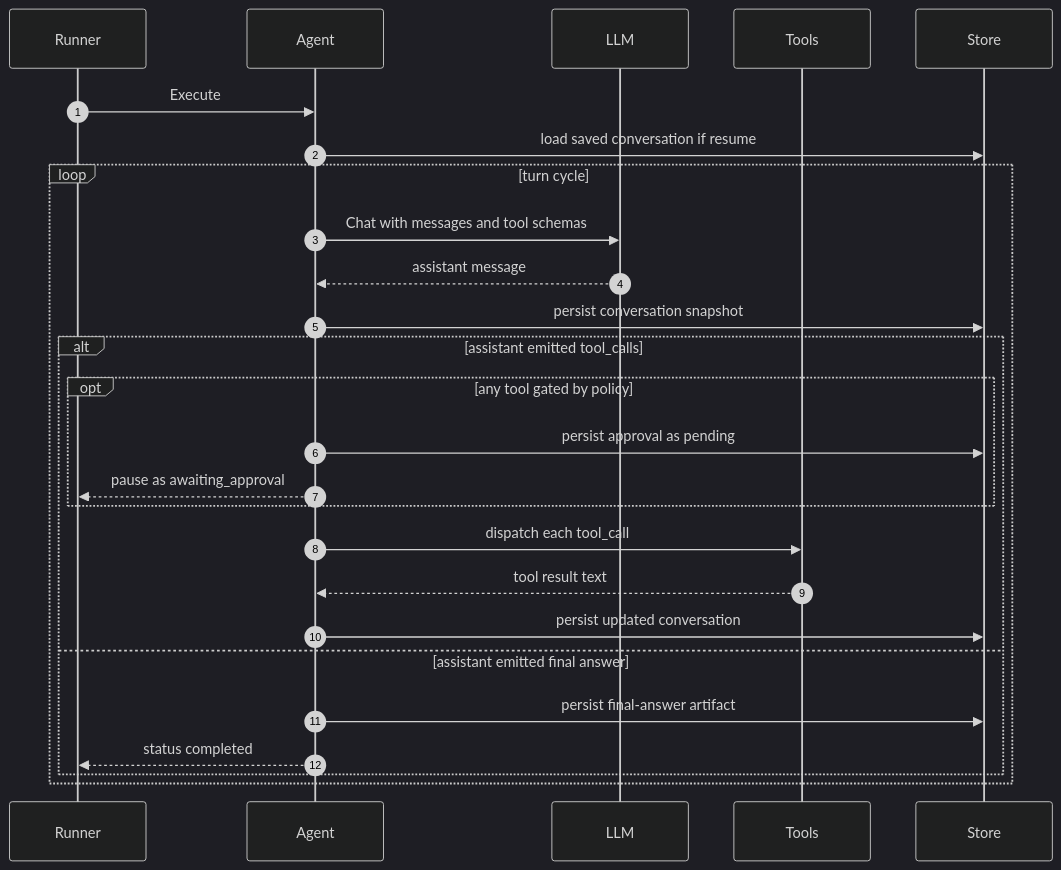
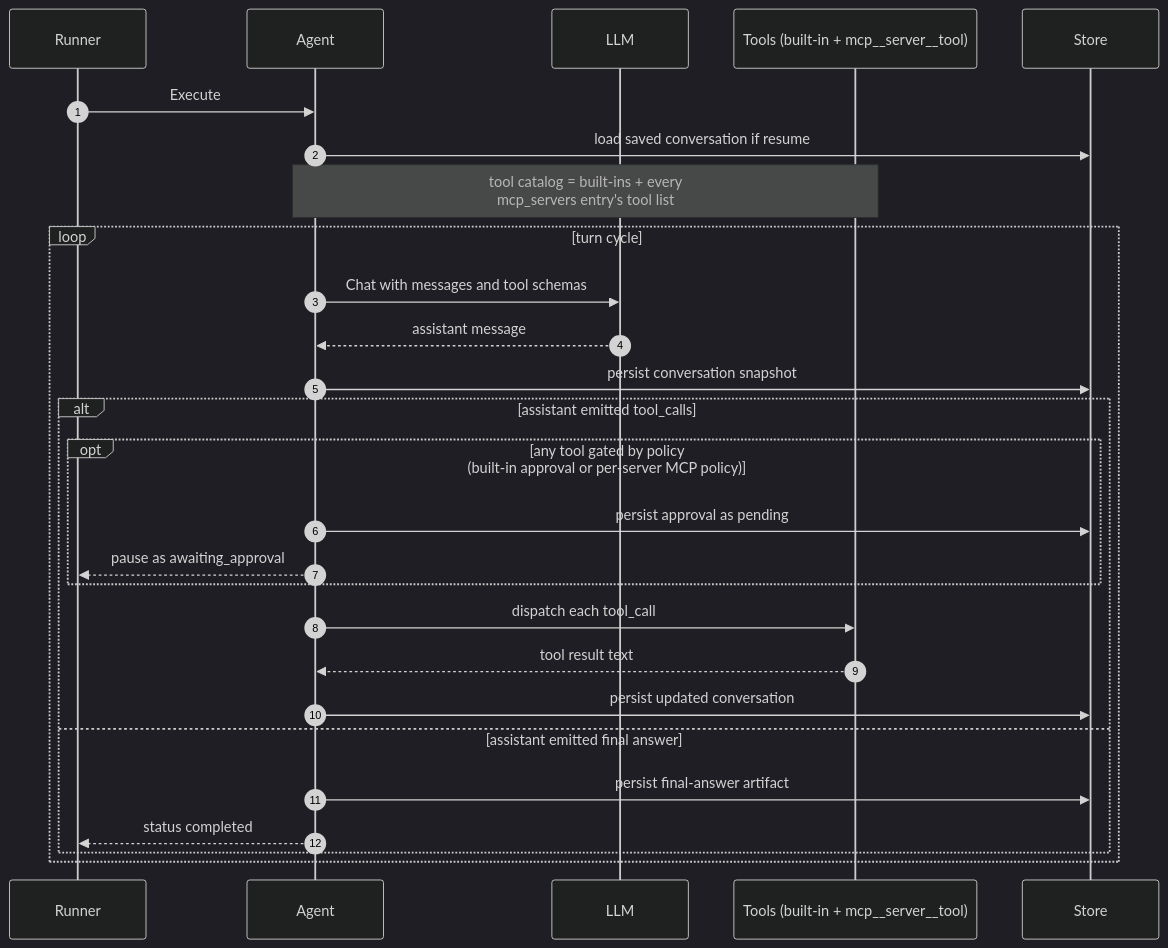
One commit to chicoxyzzy/hecate changed the diagram in docs/agent-runtime.md. Above: the diagram before and after it, drawn with Mermaid (dark theme). The commit also changed other lines of this file and 7 other files, not shown here.

Commit message:
docs: add TOCs, canonicalize approval-policy/mcp-servers, update diagrams to show MCP tool dispatch

````diff
--- a/docs/agent-runtime.md
+++ b/docs/agent-runtime.md
@@ -18,28 +31,29 @@
 ```mermaid
 sequenceDiagram
     autonumber
     participant Runner
     participant Agent
     participant LLM
-    participant Tools
+    participant Tools as Tools (built-in + mcp__server__tool)
     participant Store
     Runner->>Agent: Execute
     Agent->>Store: load saved conversation if resume
+    Note over Agent,Tools: tool catalog = built-ins + every<br/>mcp_servers entry's tool list
     loop turn cycle
         Agent->>LLM: Chat with messages and tool schemas
         LLM-->>Agent: assistant message
         Agent->>Store: persist conversation snapshot
         alt assistant emitted tool_calls
-            opt any tool gated by policy
+            opt any tool gated by policy<br/>(built-in approval or per-server MCP policy)
                 Agent->>Store: persist approval as pending
                 Agent-->>Runner: pause as awaiting_approval
             end
             Agent->>Tools: dispatch each tool_call
             Tools-->>Agent: tool result text
             Agent->>Store: persist updated conversation
         else assistant emitted final answer
             Agent->>Store: persist final-answer artifact
             Agent-->>Runner: status completed
         end
     end
 ```
````
